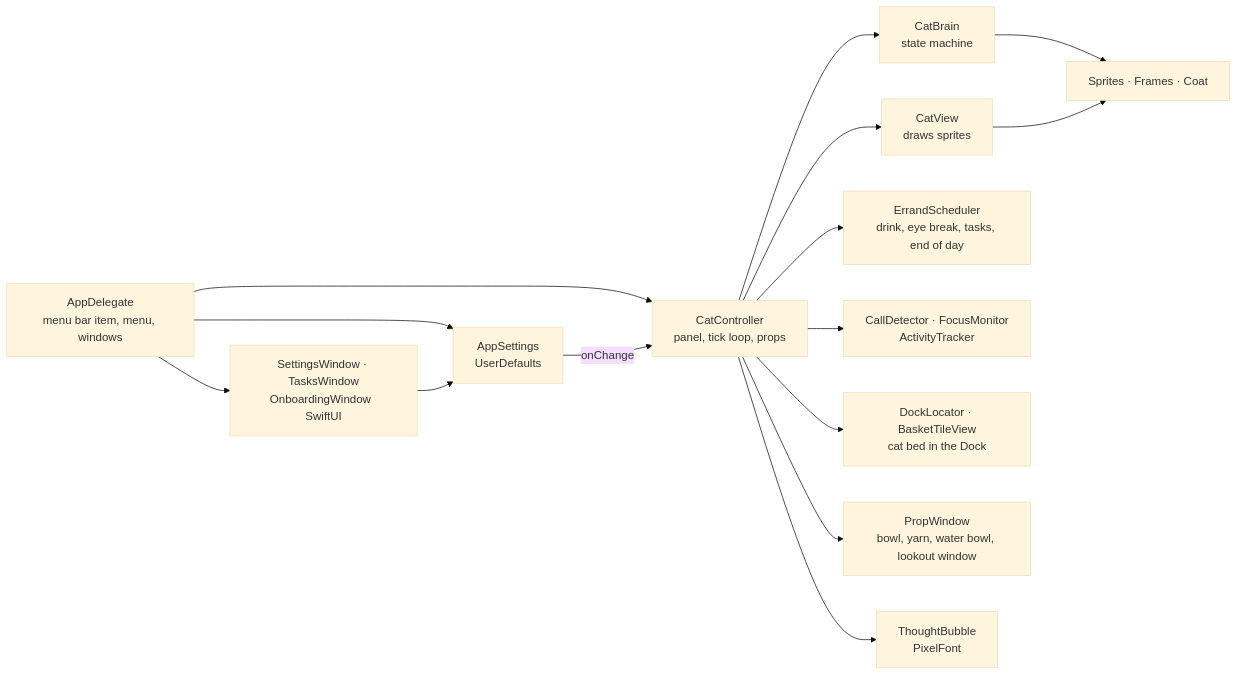
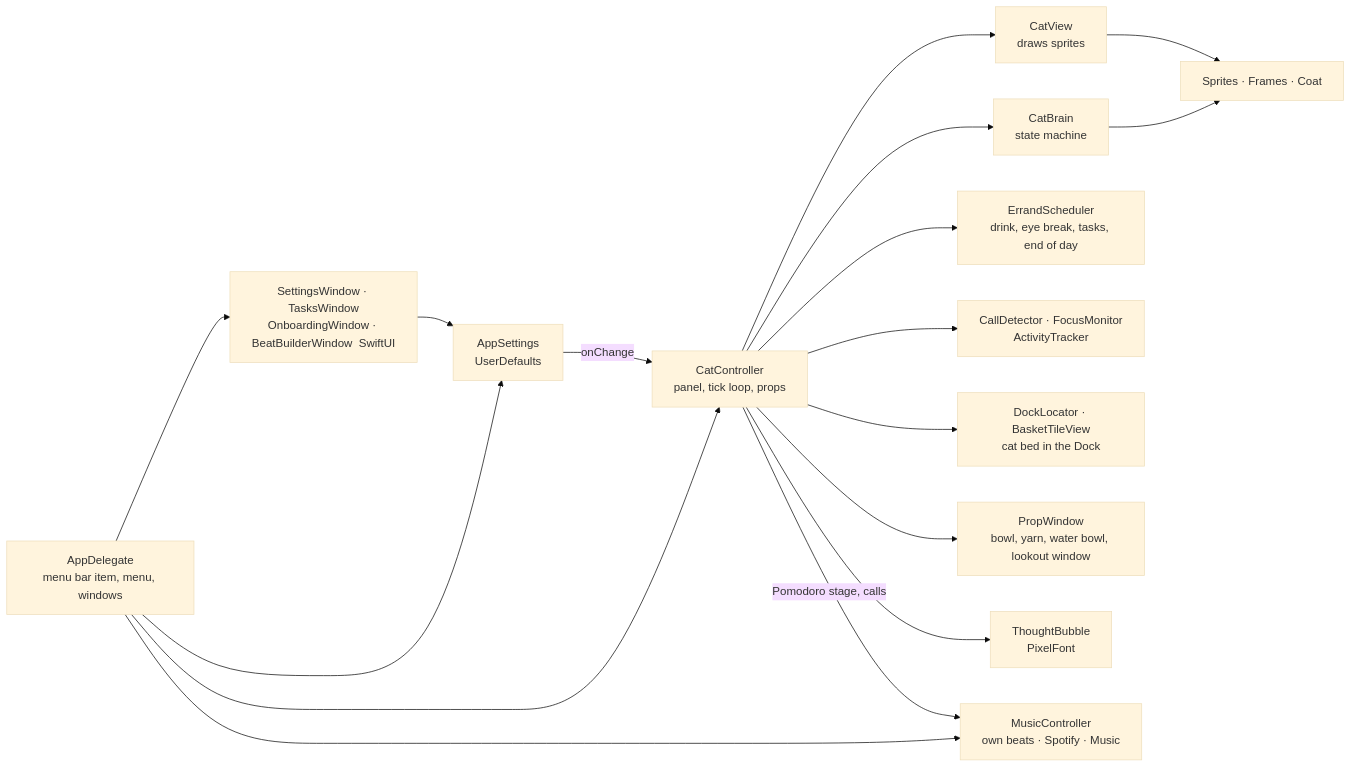
Before and after one commit to TheesBudde/pixelcat: the first of 4 diagrams in docs/ARCHITECTURE.md, drawn with Mermaid (base theme). The commit also changed other lines of this file, not shown here.

````diff
--- a/docs/ARCHITECTURE.md
+++ b/docs/ARCHITECTURE.md
@@ -21,17 +21,19 @@
 ```mermaid
 flowchart LR
     App[AppDelegate<br/>menu bar item, menu, windows] --> Settings[AppSettings<br/>UserDefaults]
     App --> Controller[CatController<br/>panel, tick loop, props]
     Settings -- onChange --> Controller
     Controller --> Brain[CatBrain<br/>state machine]
     Controller --> View[CatView<br/>draws sprites]
     Controller --> Errands[ErrandScheduler<br/>drink, eye break, tasks, end of day]
     Controller --> Sensors[CallDetector · FocusMonitor<br/>ActivityTracker]
     Controller --> Dock[DockLocator · BasketTileView<br/>cat bed in the Dock]
     Controller --> Props[PropWindow<br/>bowl, yarn, water bowl, lookout window]
     Controller --> Bubble[ThoughtBubble<br/>PixelFont]
     Brain --> Sprites[Sprites · Frames · Coat]
     View --> Sprites
-    App --> Windows[SettingsWindow · TasksWindow<br/>OnboardingWindow  SwiftUI]
+    App --> Windows[SettingsWindow · TasksWindow<br/>OnboardingWindow · BeatBuilderWindow  SwiftUI]
+    App --> Music[MusicController<br/>own beats · Spotify · Music]
+    Controller -- Pomodoro stage, calls --> Music
     Windows --> Settings
 ```
````
